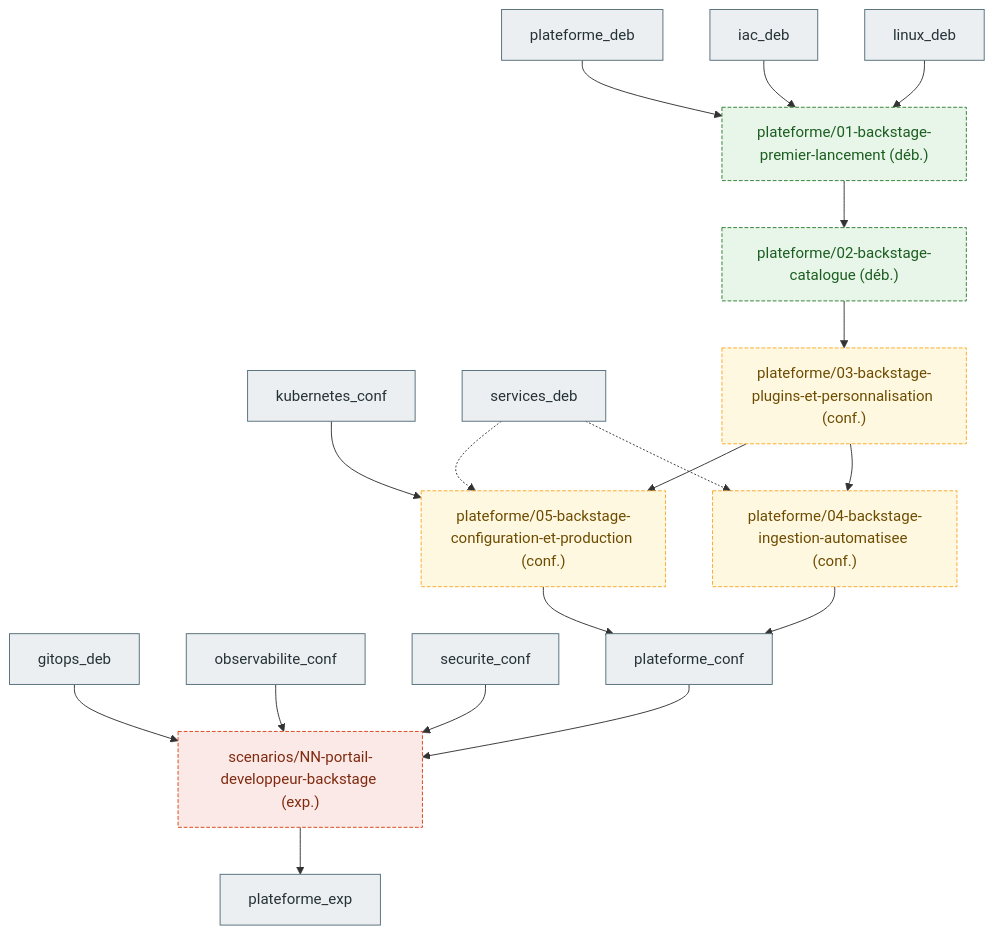
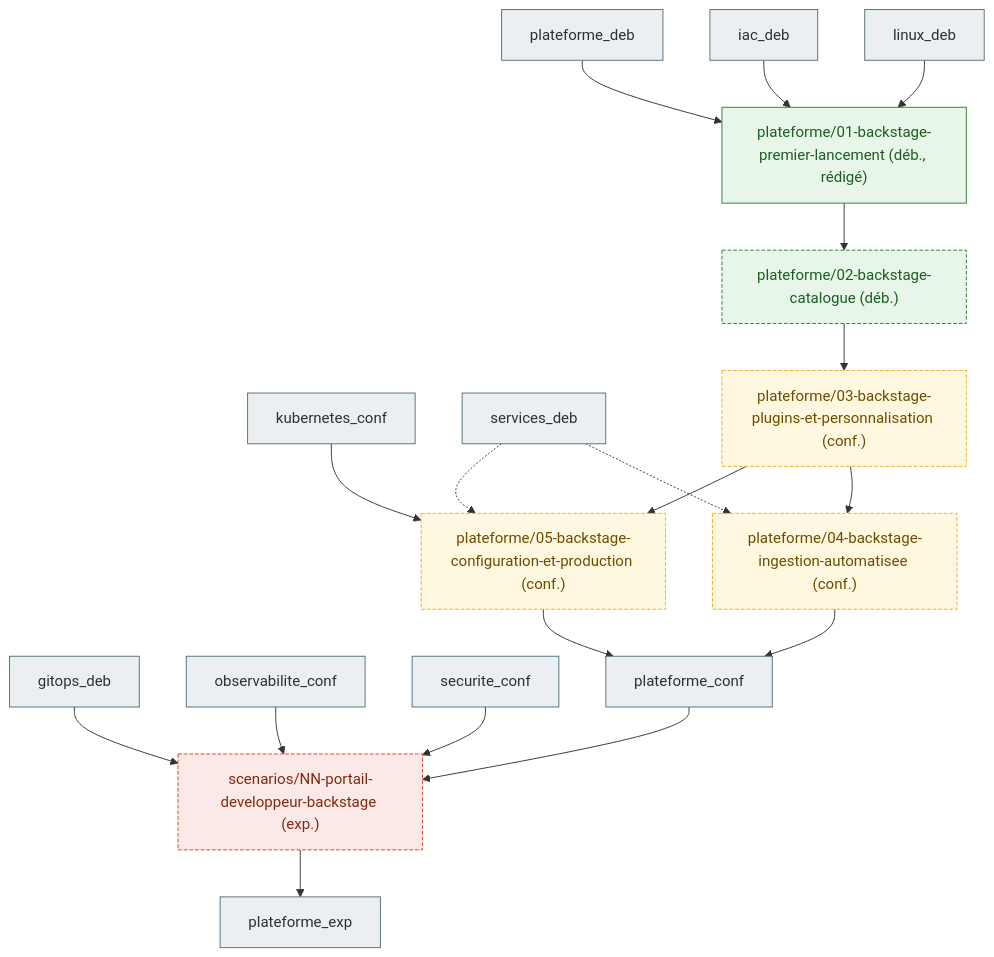
Before and after one commit to cemah2/WorkbookDevops: the seventh of 7 diagrams in docs/prerequis.md, drawn with Mermaid. The commit also changed other lines of this file and 4 other files, not shown here.

````diff
--- a/docs/prerequis.md
+++ b/docs/prerequis.md
@@ -290,45 +290,46 @@
 ```mermaid
 flowchart TB
   classDef ref fill:#eceff1,stroke:#546e7a,color:#263238
+  classDef deb fill:#e8f5e9,stroke:#2e7d32,color:#1b5e20
   classDef plandeb fill:#e8f5e9,stroke:#2e7d32,color:#1b5e20,stroke-dasharray: 4 2
   classDef plan fill:#fff8e1,stroke:#f9a825,color:#6d4c00,stroke-dasharray: 4 2
   classDef planexp fill:#fbe9e7,stroke:#d84315,color:#7f2a0f,stroke-dasharray: 4 2
 
   linux_deb[linux_deb]:::ref
   iac_deb[iac_deb]:::ref
   kubernetes_conf[kubernetes_conf]:::ref
   services_deb[services_deb]:::ref
   gitops_deb[gitops_deb]:::ref
   observabilite_conf[observabilite_conf]:::ref
   securite_conf[securite_conf]:::ref
   plateforme_deb[plateforme_deb]:::ref
   plateforme_conf[plateforme_conf]:::ref
   plateforme_exp[plateforme_exp]:::ref
 
-  bs_lancement["plateforme/01-backstage-premier-lancement (déb.)"]:::plandeb
+  bs_lancement["plateforme/01-backstage-premier-lancement (déb., rédigé)"]:::deb
   bs_catalogue["plateforme/02-backstage-catalogue (déb.)"]:::plandeb
   bs_plugins["plateforme/03-backstage-plugins-et-personnalisation (conf.)"]:::plan
   bs_ingestion["plateforme/04-backstage-ingestion-automatisee (conf.)"]:::plan
   bs_prod["plateforme/05-backstage-configuration-et-production (conf.)"]:::plan
   s_portail["scenarios/NN-portail-developpeur-backstage (exp.)"]:::planexp
 
   %% rattachement aux nœuds de référence
   linux_deb --> bs_lancement
   iac_deb --> bs_lancement
   plateforme_deb --> bs_lancement
   kubernetes_conf --> bs_prod
   services_deb -.-> bs_ingestion
   services_deb -.-> bs_prod
   gitops_deb --> s_portail
   observabilite_conf --> s_portail
   securite_conf --> s_portail
 
   %% progression intra-domaine (jamais déb. -> exp.)
   bs_lancement --> bs_catalogue
   bs_catalogue --> bs_plugins
   bs_plugins --> bs_ingestion
   bs_plugins --> bs_prod
   bs_ingestion --> plateforme_conf
   bs_prod --> plateforme_conf
   plateforme_conf --> s_portail --> plateforme_exp
 ```
````
